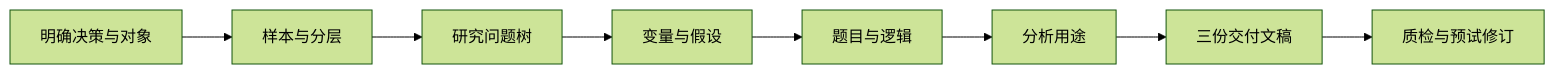
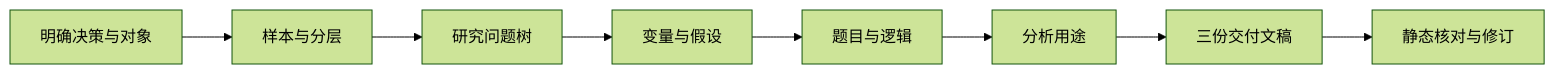
The diagram in README.md (hexiaofeier/hehe-survey-question-design), drawn with Mermaid (forest theme) before and after one commit. The commit also changed other lines of this file and 16 other files, not shown here.

````diff
--- a/README.md
+++ b/README.md
@@ -84,10 +98,10 @@
 ```mermaid
 flowchart LR
     A[明确决策与对象] --> B[样本与分层]
     B --> C[研究问题树]
     C --> D[变量与假设]
     D --> E[题目与逻辑]
     E --> F[分析用途]
     F --> G[三份交付文稿]
-    G --> H[质检与预试修订]
+    G --> H[静态核对与修订]
 ```
````
